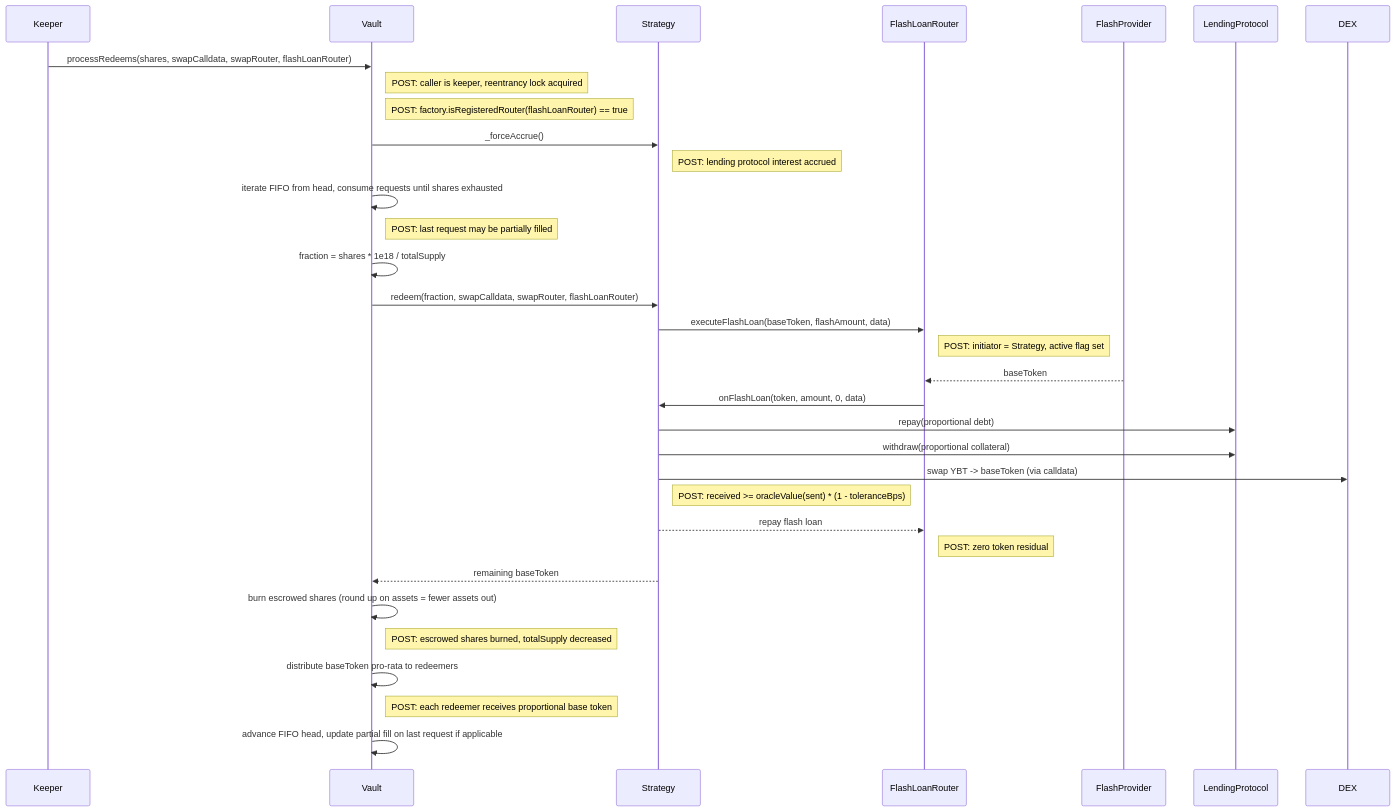
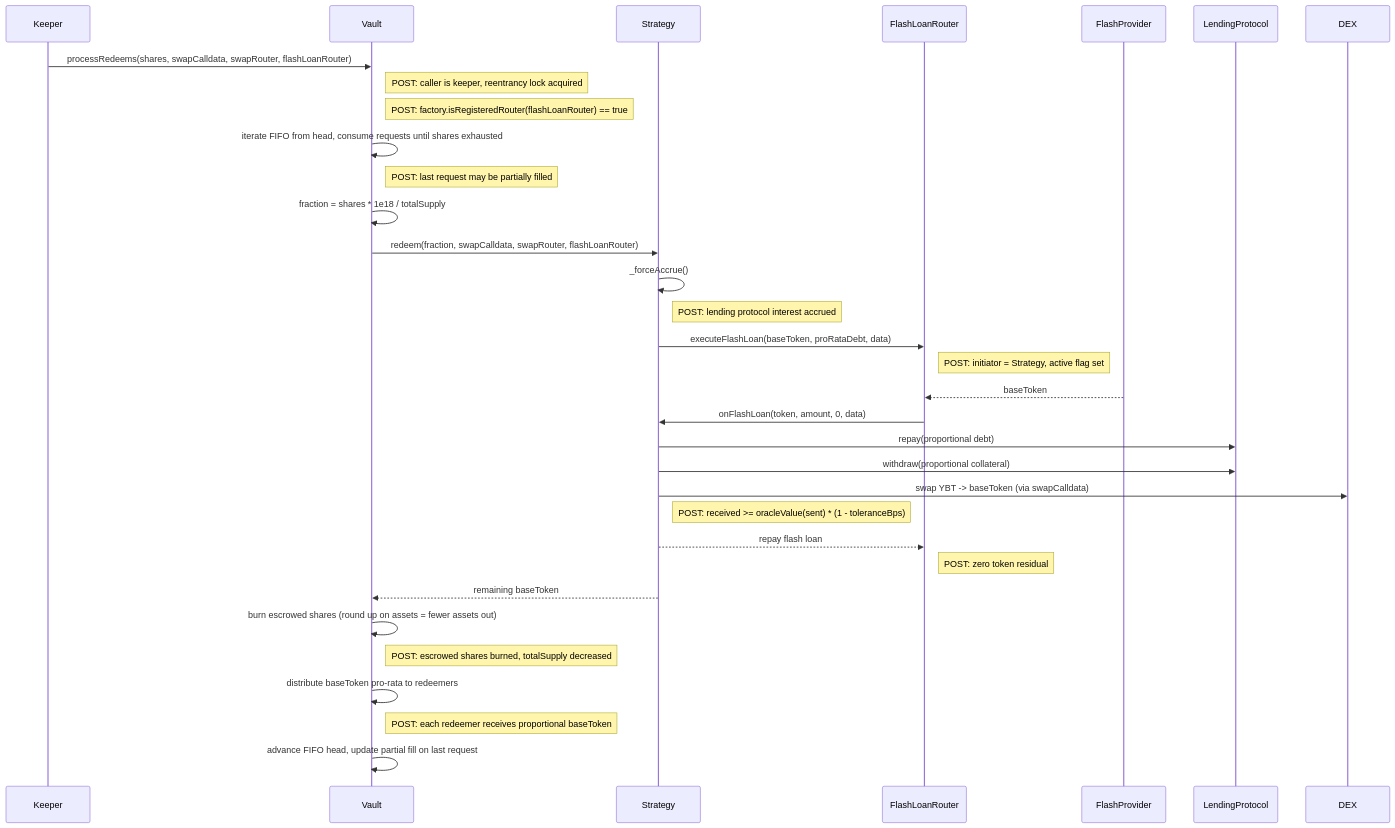
One commit to evgenynacu/leverage-vaults changed the sixth of 22 diagrams in docs/architecture/call-diagrams.md. Above: the diagram before and after it, drawn with Mermaid. The commit also changed other lines of this file and 18 other files, not shown here.

````diff
--- a/docs/architecture/call-diagrams.md
+++ b/docs/architecture/call-diagrams.md
@@ -97,28 +95,28 @@
 ```mermaid
 sequenceDiagram
     Keeper->>Vault: processRedeems(shares, swapCalldata, swapRouter, flashLoanRouter)
     note right of Vault: POST: caller is keeper, reentrancy lock acquired
     note right of Vault: POST: factory.isRegisteredRouter(flashLoanRouter) == true
-    Vault->>Strategy: _forceAccrue()
-    note right of Strategy: POST: lending protocol interest accrued
     Vault->>Vault: iterate FIFO from head, consume requests until shares exhausted
     note right of Vault: POST: last request may be partially filled
     Vault->>Vault: fraction = shares * 1e18 / totalSupply
     Vault->>Strategy: redeem(fraction, swapCalldata, swapRouter, flashLoanRouter)
-    Strategy->>FlashLoanRouter: executeFlashLoan(baseToken, flashAmount, data)
+    Strategy->>Strategy: _forceAccrue()
+    note right of Strategy: POST: lending protocol interest accrued
+    Strategy->>FlashLoanRouter: executeFlashLoan(baseToken, proRataDebt, data)
     note right of FlashLoanRouter: POST: initiator = Strategy, active flag set
     FlashProvider-->>FlashLoanRouter: baseToken
     FlashLoanRouter->>Strategy: onFlashLoan(token, amount, 0, data)
     Strategy->>LendingProtocol: repay(proportional debt)
     Strategy->>LendingProtocol: withdraw(proportional collateral)
-    Strategy->>DEX: swap YBT -> baseToken (via calldata)
+    Strategy->>DEX: swap YBT -> baseToken (via swapCalldata)
     note right of Strategy: POST: received >= oracleValue(sent) * (1 - toleranceBps)
     Strategy-->>FlashLoanRouter: repay flash loan
     note right of FlashLoanRouter: POST: zero token residual
     Strategy-->>Vault: remaining baseToken
     Vault->>Vault: burn escrowed shares (round up on assets = fewer assets out)
     note right of Vault: POST: escrowed shares burned, totalSupply decreased
     Vault->>Vault: distribute baseToken pro-rata to redeemers
-    note right of Vault: POST: each redeemer receives proportional base token
-    Vault->>Vault: advance FIFO head, update partial fill on last request if applicable
+    note right of Vault: POST: each redeemer receives proportional baseToken
+    Vault->>Vault: advance FIFO head, update partial fill on last request
 ```
````
